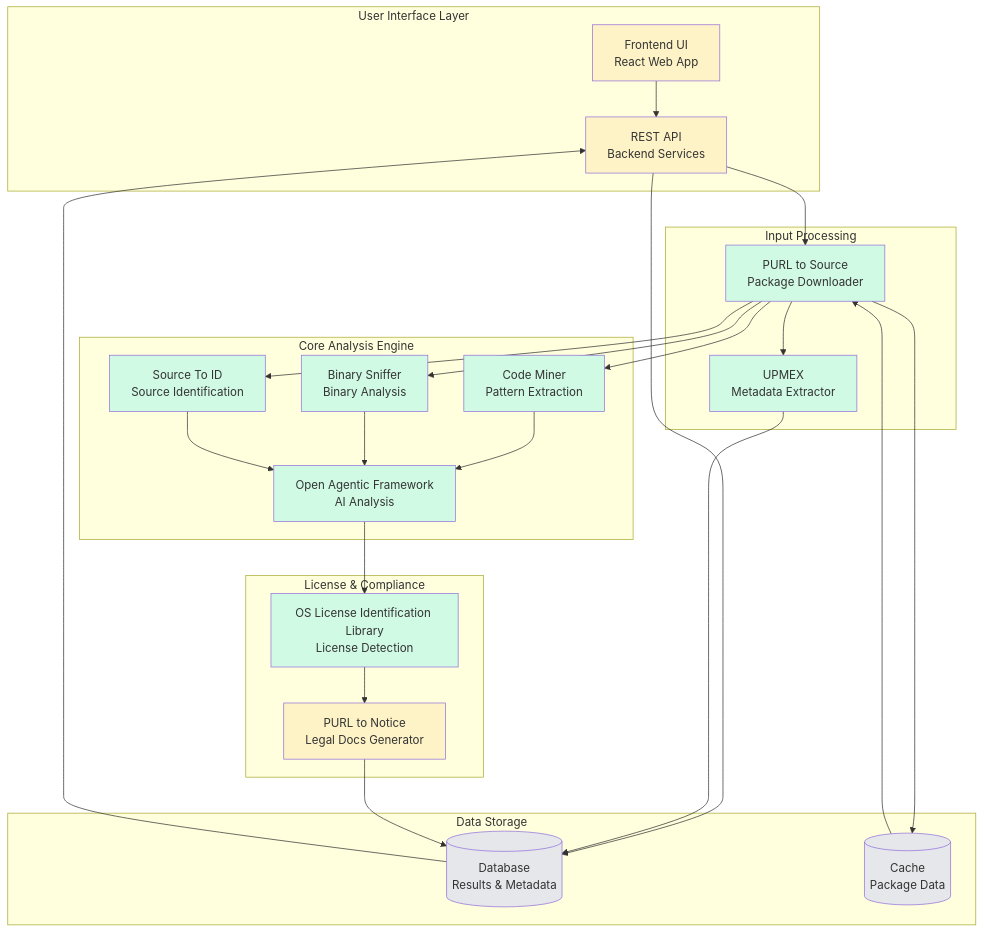
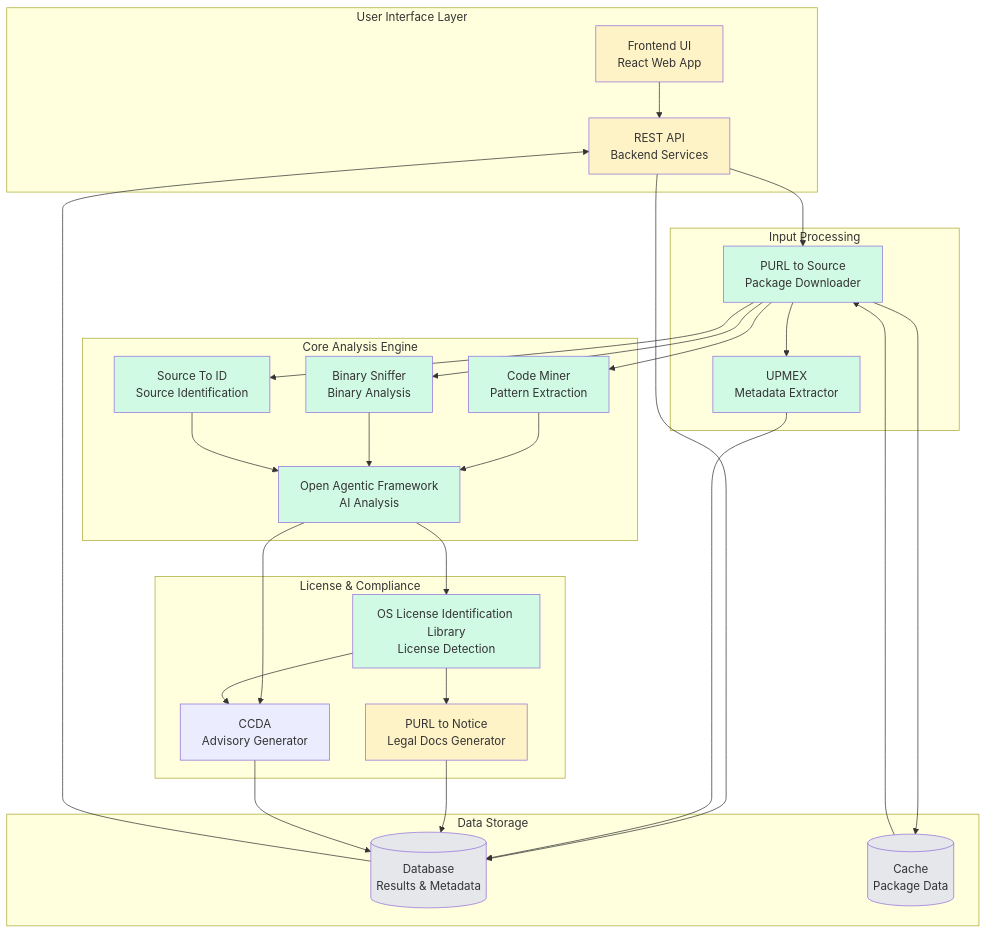
Before and after one commit to oscarvalenzuelab/codecopycatdefender.com: the first of 4 diagrams in capability-map.md, drawn with Mermaid. The commit also changed other lines of this file and 4 other files, not shown here.

````diff
--- a/capability-map.md
+++ b/capability-map.md
@@ -5,65 +5,69 @@
 ```mermaid
 graph TB
     subgraph "User Interface Layer"
         WEB[Frontend UI<br/>React Web App]
         API[REST API<br/>Backend Services]
     end
 
     subgraph "Input Processing"
         PURL[PURL to Source<br/>Package Downloader]
         UPMEX[UPMEX<br/>Metadata Extractor]
     end
 
     subgraph "Core Analysis Engine"
         MINER[Code Miner<br/>Pattern Extraction]
         BINARY[Binary Sniffer<br/>Binary Analysis]
         SRC2ID[Source To ID<br/>Source Identification]
         AGENT[Open Agentic Framework<br/>AI Analysis]
     end
 
     subgraph "License & Compliance"
         OSLILI[OS License Identification Library<br/>License Detection]
         NOTICE[PURL to Notice<br/>Legal Docs Generator]
+        CCDA[CCDA<br/>Advisory Generator]
     end
 
     subgraph "Data Storage"
         DB[(Database<br/>Results & Metadata)]
         CACHE[(Cache<br/>Package Data)]
     end
 
     WEB --> API
     API --> PURL
     API --> DB
     
     PURL --> CACHE
     PURL --> UPMEX
     PURL --> MINER
     PURL --> BINARY
     PURL --> SRC2ID
     
     UPMEX --> DB
     
     MINER --> AGENT
     BINARY --> AGENT
     SRC2ID --> AGENT
     
     AGENT --> OSLILI
+    AGENT --> CCDA
     OSLILI --> NOTICE
+    OSLILI --> CCDA
     
     NOTICE --> DB
+    CCDA --> DB
     DB --> API
     CACHE --> PURL
 
     style WEB fill:#fef3c7
     style API fill:#fef3c7
     style PURL fill:#d1fae5
     style UPMEX fill:#d1fae5
     style MINER fill:#d1fae5
     style BINARY fill:#d1fae5
     style SRC2ID fill:#d1fae5
     style AGENT fill:#d1fae5
     style OSLILI fill:#d1fae5
     style NOTICE fill:#fef3c7
     style DB fill:#e5e7eb
     style CACHE fill:#e5e7eb
 ```
````
